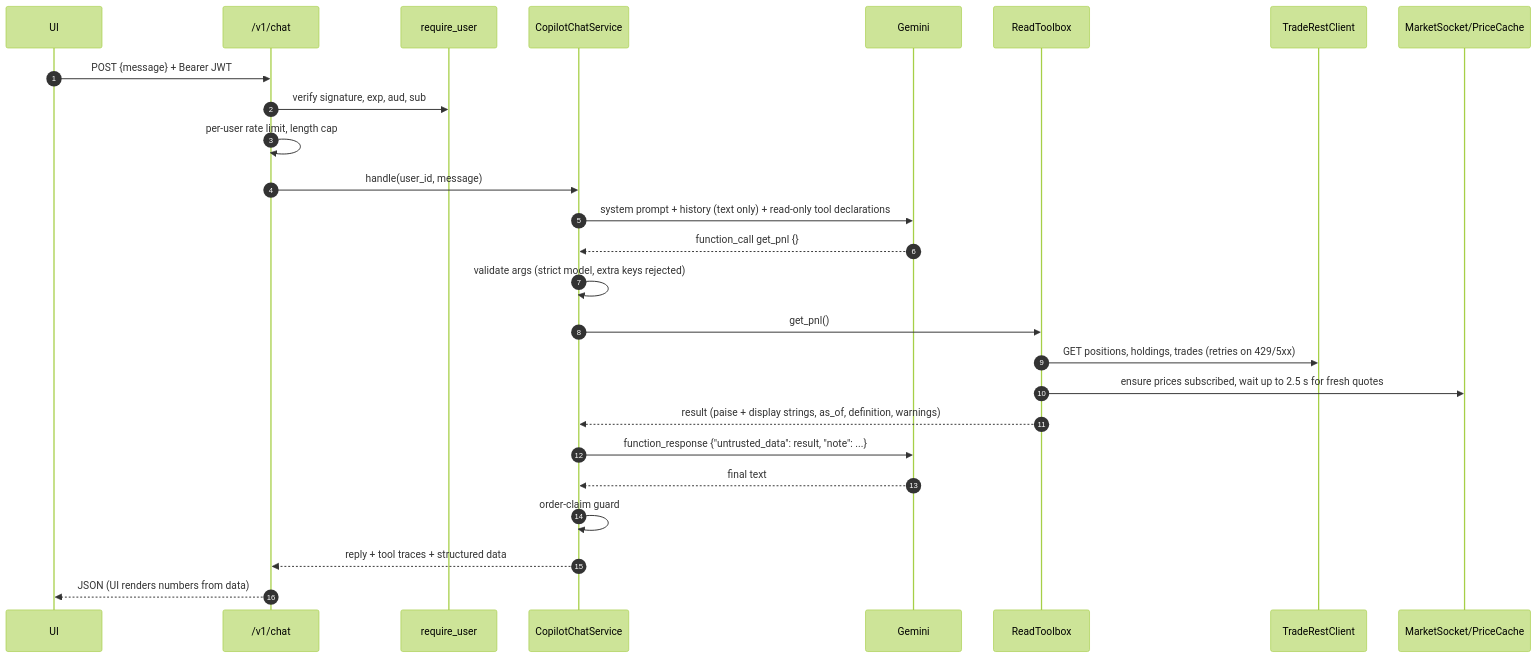
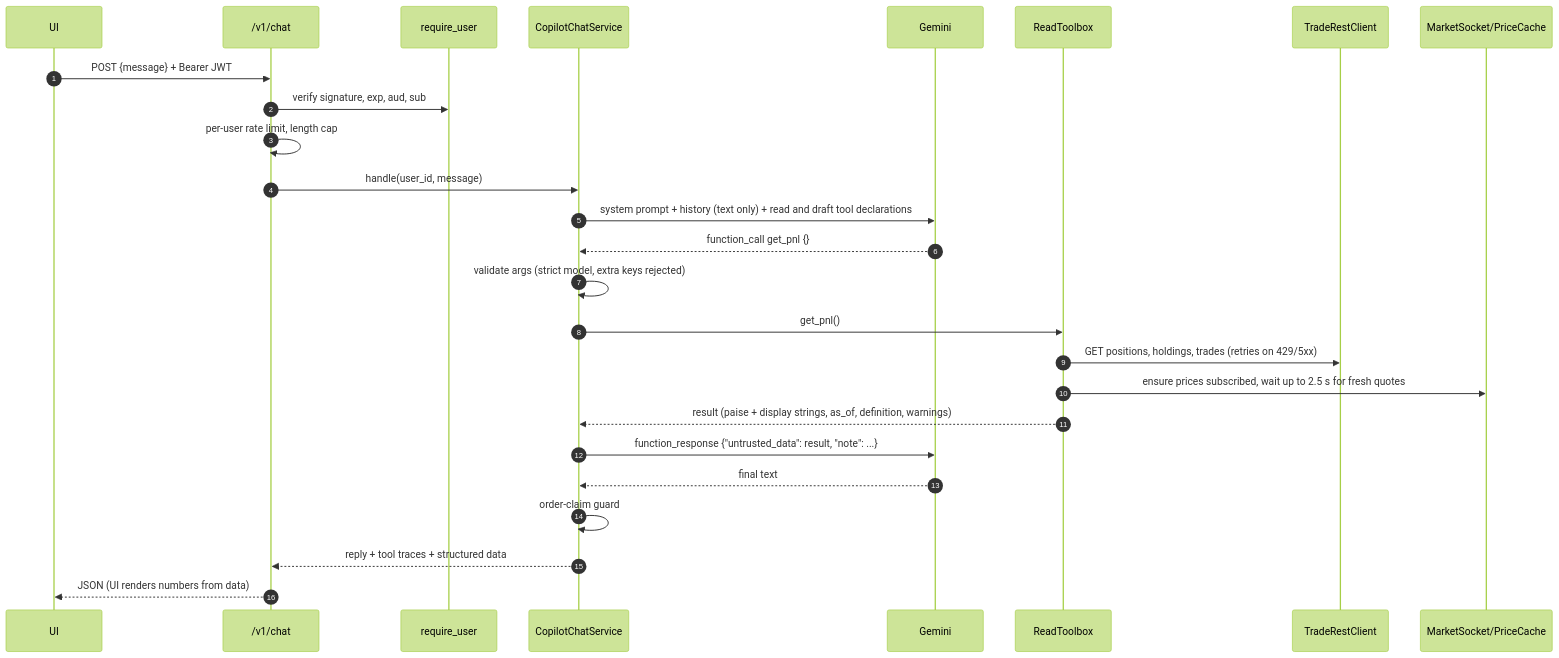
The third of 9 diagrams in docs/ARCHITECTURE.md (CMPN-CODECELL/Syrus7_Git_Out_Of_My_Branch), drawn with Mermaid (forest theme) before and after one commit. The commit also changed other lines of this file and 47 other files, not shown here.

````diff
--- a/docs/ARCHITECTURE.md
+++ b/docs/ARCHITECTURE.md
@@ -122,29 +132,29 @@
 ```mermaid
 sequenceDiagram
   autonumber
   participant UI
   participant API as /v1/chat
   participant Auth as require_user
   participant Chat as CopilotChatService
   participant LLM as Gemini
   participant Tools as ReadToolbox
   participant B as TradeRestClient
   participant S as MarketSocket/PriceCache
 
   UI->>API: POST {message} + Bearer JWT
   API->>Auth: verify signature, exp, aud, sub
   API->>API: per-user rate limit, length cap
   API->>Chat: handle(user_id, message)
-  Chat->>LLM: system prompt + history (text only) + read-only tool declarations
+  Chat->>LLM: system prompt + history (text only) + read and draft tool declarations
   LLM-->>Chat: function_call get_pnl {}
   Chat->>Chat: validate args (strict model, extra keys rejected)
   Chat->>Tools: get_pnl()
   Tools->>B: GET positions, holdings, trades (retries on 429/5xx)
   Tools->>S: ensure prices subscribed, wait up to 2.5 s for fresh quotes
   Tools-->>Chat: result (paise + display strings, as_of, definition, warnings)
   Chat->>LLM: function_response {"untrusted_data": result, "note": ...}
   LLM-->>Chat: final text
   Chat->>Chat: order-claim guard
   Chat-->>API: reply + tool traces + structured data
   API-->>UI: JSON (UI renders numbers from data)
 ```
````
